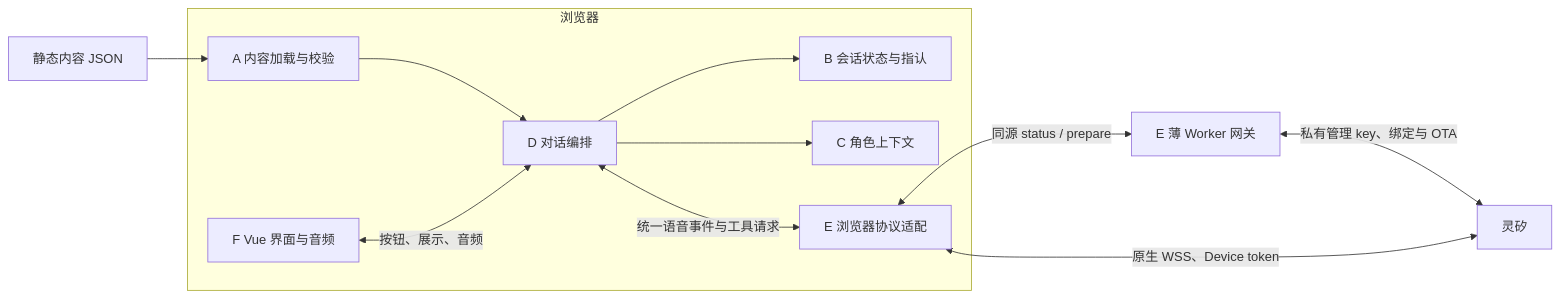
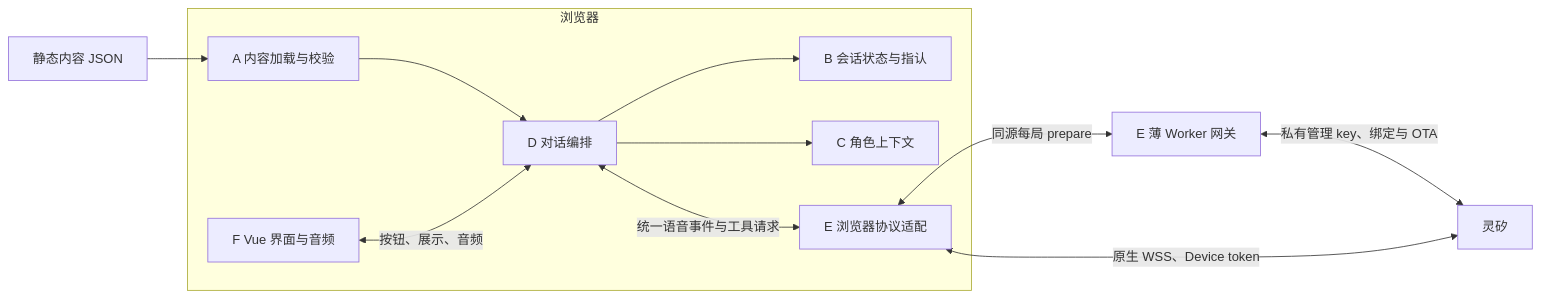
One commit to nighca/lie changed the diagram in docs/architecture.md. Above: the diagram before and after it, drawn with Mermaid. The commit also changed other lines of this file and 14 other files, not shown here.

````diff
--- a/docs/architecture.md
+++ b/docs/architecture.md
@@ -86,14 +86,14 @@
 ```mermaid
 flowchart LR
     Pack["静态内容 JSON"] --> A
     subgraph Browser["浏览器"]
         A["A 内容加载与校验"] --> D["D 对话编排"]
         D --> B["B 会话状态与指认"]
         D --> C["C 角色上下文"]
         F["F Vue 界面与音频"] <-->|"按钮、展示、音频"| D
         D <-->|"统一语音事件与工具请求"| Adapter["E 浏览器协议适配"]
     end
-    Adapter <-->|"同源 status / prepare"| Worker["E 薄 Worker 网关"]
+    Adapter <-->|"同源每局 prepare"| Worker["E 薄 Worker 网关"]
     Worker <-->|"私有管理 key、绑定与 OTA"| Linx["灵矽"]
     Adapter <-->|"原生 WSS、Device token"| Linx
 ```
````
